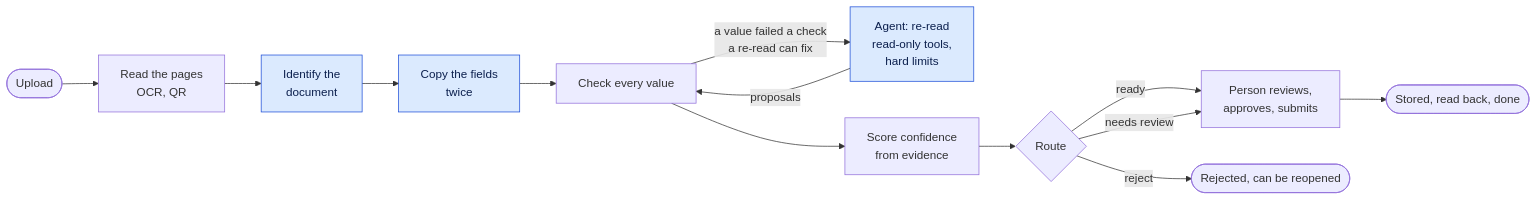
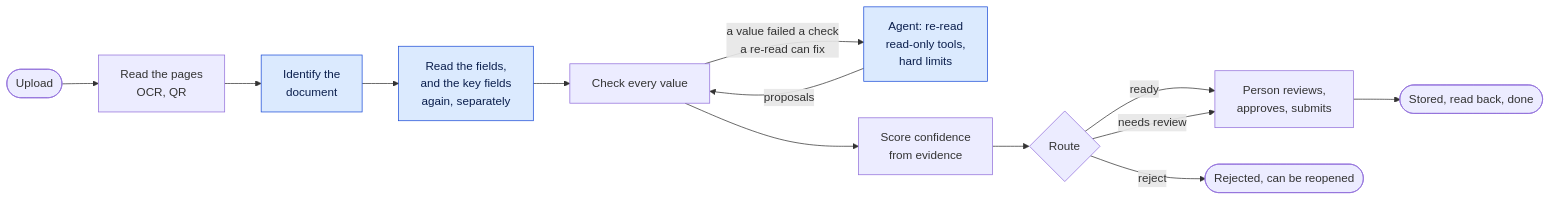
The diagram in README.md (mutaiib/licence-to-kyb), drawn with Mermaid before and after one commit. The commit also changed other lines of this file and 33 other files, not shown here.

````diff
--- a/README.md
+++ b/README.md
@@ -15,18 +15,18 @@
 ```mermaid
 flowchart LR
     U([Upload]) --> P[Read the pages<br/>OCR, QR]
     P --> R[Identify the<br/>document]
-    R --> E[Copy the fields<br/>twice]
+    R --> E[Read the fields,<br/>and the key fields<br/>again, separately]
     E --> V[Check every value]
     V -- "a value failed a check<br/>a re-read can fix" --> A[Agent: re-read<br/>read-only tools,<br/>hard limits]
     A -- proposals --> V
     V --> C[Score confidence<br/>from evidence]
     C --> G{Route}
     G -- ready --> H[Person reviews,<br/>approves, submits]
     G -- needs review --> H
     G -- reject --> X([Rejected, can be reopened])
     H --> S([Stored, read back, done])
 
     classDef model fill:#dbeafe,stroke:#1d4ed8,color:#0b1f4d
     class R,E,A model
 ```
````
